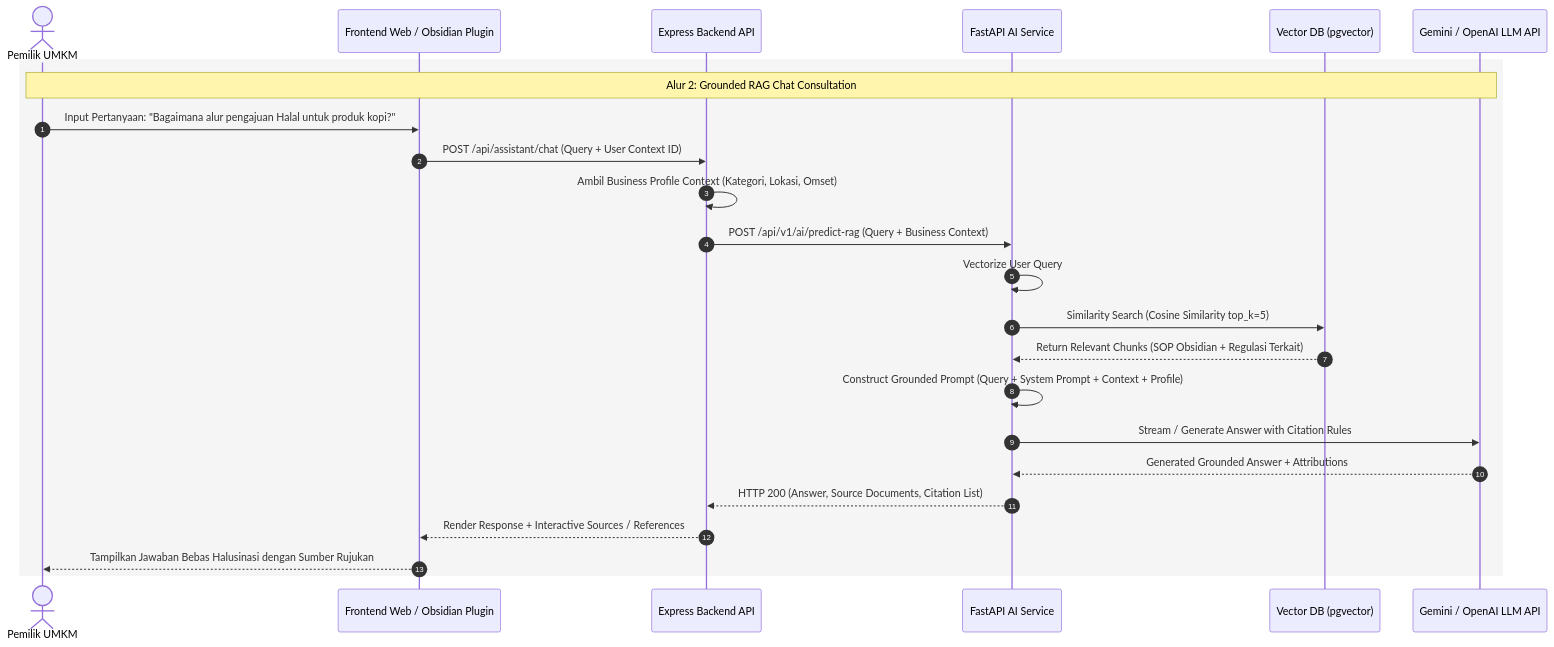
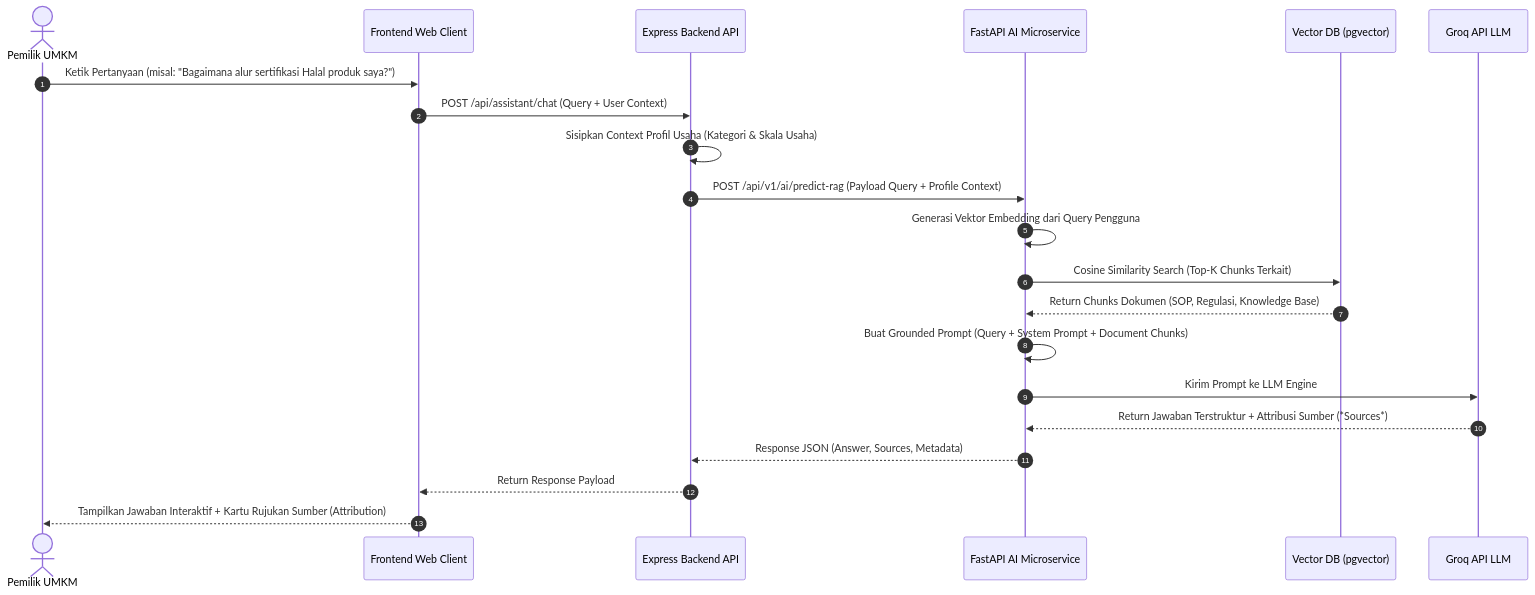
The fifth of 6 diagrams in Diagram.md (Couraa0/Strategiku), drawn with Mermaid before and after one commit. The commit also changed other lines of this file and 24 other files, not shown here.

````diff
--- a/Diagram.md
+++ b/Diagram.md
@@ -113,30 +222,27 @@
 ```mermaid
 sequenceDiagram
     autonumber
     actor User as Pemilik UMKM
-    participant Client as Frontend Web / Obsidian Plugin
-    participant Backend as Express Backend API
-    participant AI as FastAPI AI Service
+    participant FE as Frontend Web Client
+    participant BE as Express Backend API
+    participant AI as FastAPI AI Microservice
     participant VecDB as Vector DB (pgvector)
-    participant LLM as Gemini / OpenAI LLM API
+    participant LLM as Groq API LLM
 
-    rect rgb(245, 245, 245)
-    note over User, LLM: Alur 2: Grounded RAG Chat Consultation
-    User->>Client: Input Pertanyaan: "Bagaimana alur pengajuan Halal untuk produk kopi?"
-    Client->>Backend: POST /api/assistant/chat (Query + User Context ID)
-    Backend->>Backend: Ambil Business Profile Context (Kategori, Lokasi, Omset)
-    Backend->>AI: POST /api/v1/ai/predict-rag (Query + Business Context)
+    User->>FE: Ketik Pertanyaan (misal: "Bagaimana alur sertifikasi Halal produk saya?")
+    FE->>BE: POST /api/assistant/chat (Query + User Context)
+    BE->>BE: Sisipkan Context Profil Usaha (Kategori & Skala Usaha)
+    BE->>AI: POST /api/v1/ai/predict-rag (Payload Query + Profile Context)
     
-    AI->>AI: Vectorize User Query
-    AI->>VecDB: Similarity Search (Cosine Similarity top_k=5)
-    VecDB-->>AI: Return Relevant Chunks (SOP Obsidian + Regulasi Terkait)
+    AI->>AI: Generasi Vektor Embedding dari Query Pengguna
+    AI->>VecDB: Cosine Similarity Search (Top-K Chunks Terkait)
+    VecDB-->>AI: Return Chunks Dokumen (SOP, Regulasi, Knowledge Base)
     
-    AI->>AI: Construct Grounded Prompt (Query + System Prompt + Context + Profile)
-    AI->>LLM: Stream / Generate Answer with Citation Rules
-    LLM-->>AI: Generated Grounded Answer + Attributions
+    AI->>AI: Buat Grounded Prompt (Query + System Prompt + Document Chunks)
+    AI->>LLM: Kirim Prompt ke LLM Engine
+    LLM-->>AI: Return Jawaban Terstruktur + Attribusi Sumber (*Sources*)
     
-    AI-->>Backend: HTTP 200 (Answer, Source Documents, Citation List)
-    Backend-->>Client: Render Response + Interactive Sources / References
-    Client-->>User: Tampilkan Jawaban Bebas Halusinasi dengan Sumber Rujukan
-    end
+    AI-->>BE: Response JSON (Answer, Sources, Metadata)
+    BE-->>FE: Return Response Payload
+    FE-->>User: Tampilkan Jawaban Interaktif + Kartu Rujukan Sumber (Attribution)
 ```
````
